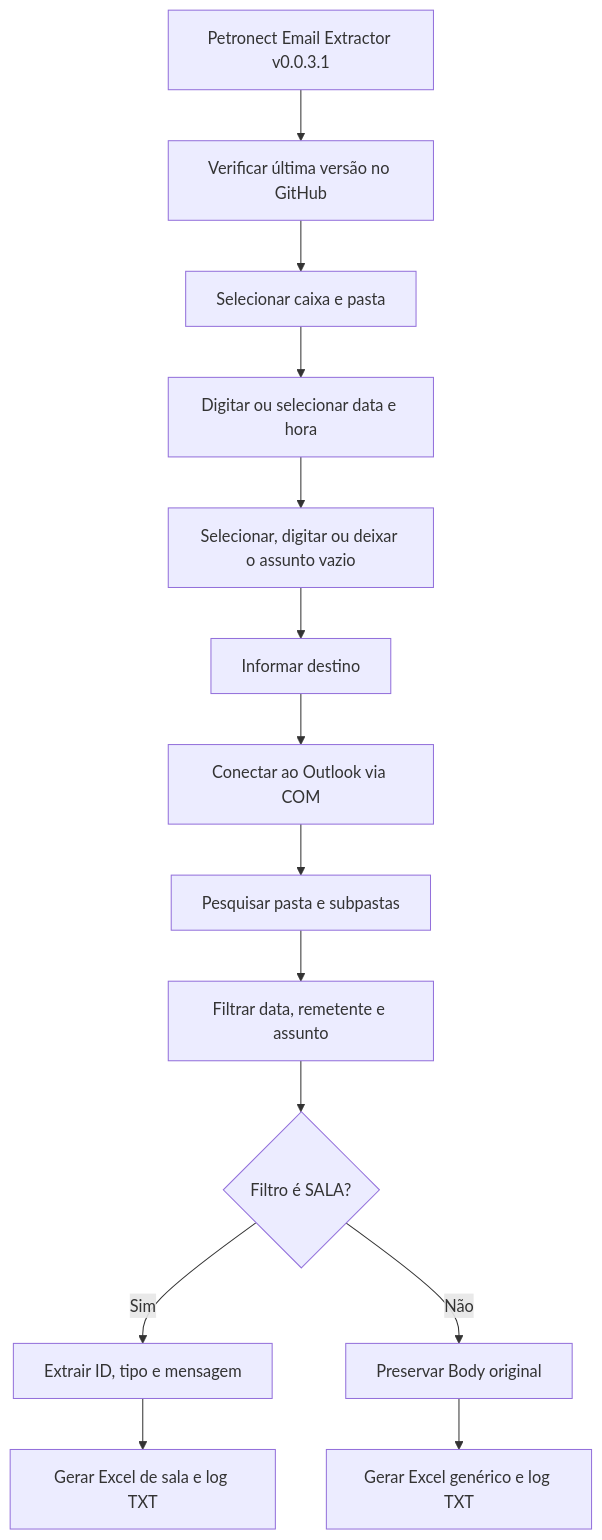
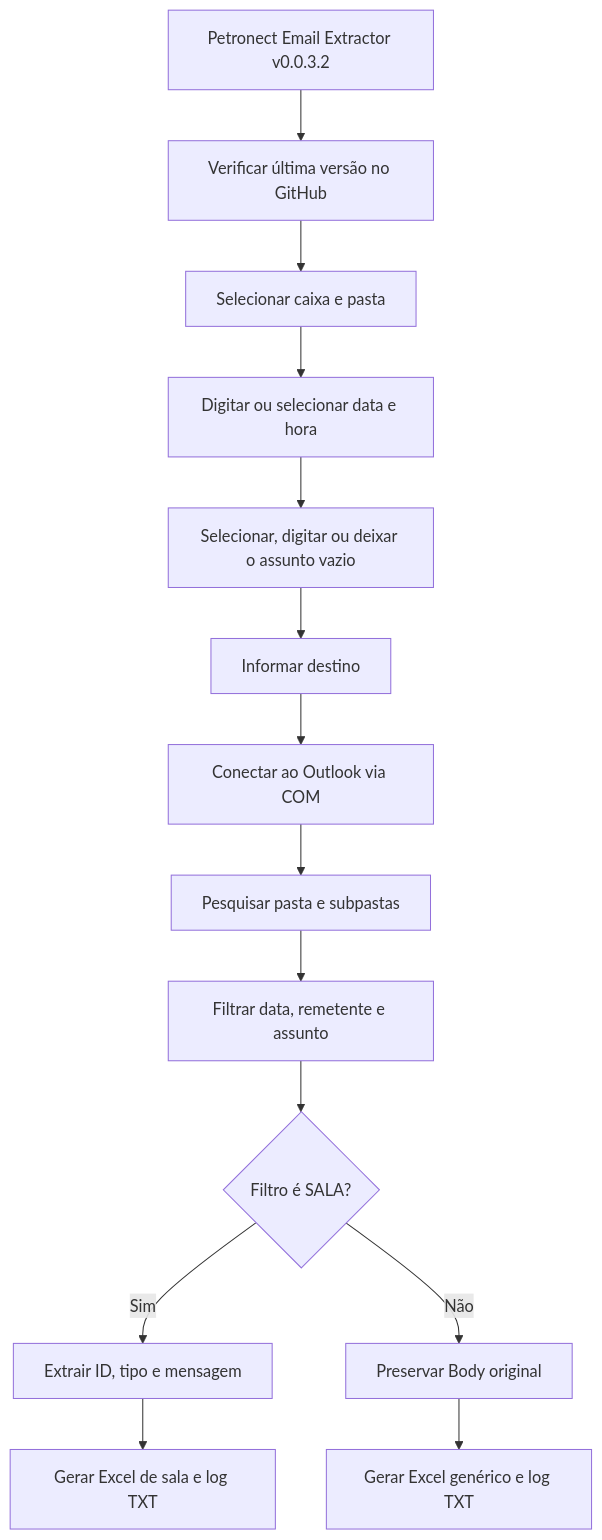
The diagram in docs/FLUXOGRAMA.mmd (Marcus300/petronect-email-extractor), drawn with Mermaid before and after one commit. The commit also changed 6 other files, not shown here.

```diff
--- a/docs/FLUXOGRAMA.mmd
+++ b/docs/FLUXOGRAMA.mmd
@@ -1,14 +1,14 @@
 flowchart TD
-    A[Petronect Email Extractor v0.0.3.1] --> B[Verificar última versão no GitHub]
+    A[Petronect Email Extractor v0.0.3.2] --> B[Verificar última versão no GitHub]
     B --> C[Selecionar caixa e pasta]
     C --> D[Digitar ou selecionar data e hora]
     D --> E[Selecionar, digitar ou deixar o assunto vazio]
     E --> E2[Informar destino]
     E2 --> F[Conectar ao Outlook via COM]
     F --> G[Pesquisar pasta e subpastas]
     G --> H[Filtrar data, remetente e assunto]
     H --> I{Filtro é SALA?}
     I -->|Sim| J[Extrair ID, tipo e mensagem]
     I -->|Não| K[Preservar Body original]
     J --> L[Gerar Excel de sala e log TXT]
     K --> M[Gerar Excel genérico e log TXT]
```
